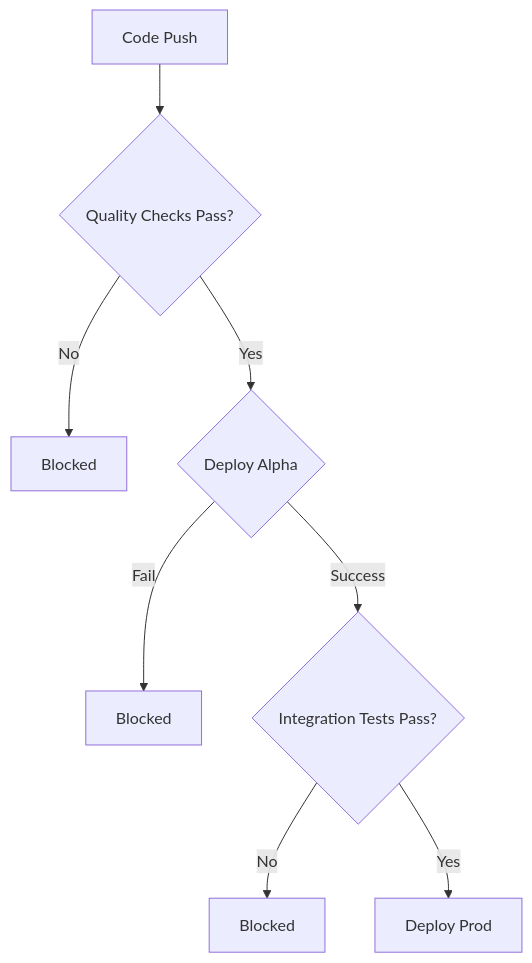
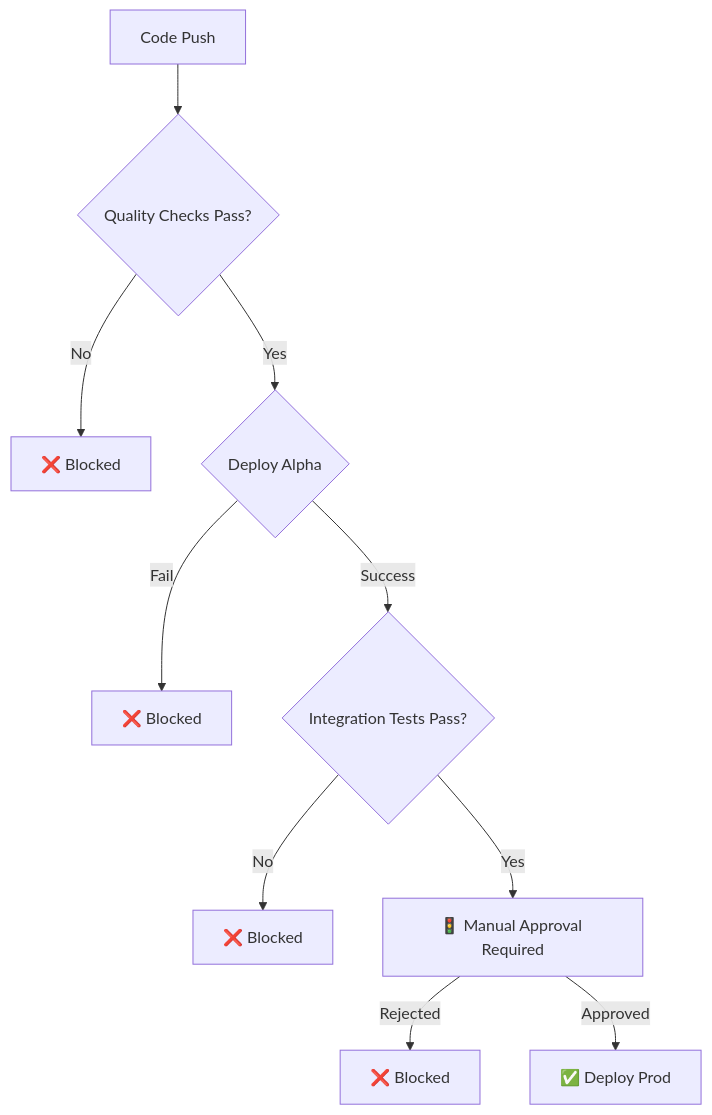
One commit to Aadil221/EPAFinalProject changed the fourth of 4 diagrams in docs/PIPELINE.md. Above: the diagram before and after it, drawn with Mermaid. The commit also changed other lines of this file, not shown here.

Commit message:
docs: add manual approval gate before Prod deployment in pipeline diagrams

````diff
--- a/docs/PIPELINE.md
+++ b/docs/PIPELINE.md
@@ -86,10 +92,12 @@
 ```mermaid
 graph TD
     A[Code Push] --> B{Quality Checks Pass?}
-    B -->|No| X1[Blocked]
+    B -->|No| X1[❌ Blocked]
     B -->|Yes| C{Deploy Alpha}
-    C -->|Fail| X2[Blocked]
+    C -->|Fail| X2[❌ Blocked]
     C -->|Success| D{Integration Tests Pass?}
-    D -->|No| X3[Blocked]
-    D -->|Yes| E[Deploy Prod]
+    D -->|No| X3[❌ Blocked]
+    D -->|Yes| E[🚦 Manual Approval Required]
+    E -->|Rejected| X4[❌ Blocked]
+    E -->|Approved| F[✅ Deploy Prod]
 ```
````
